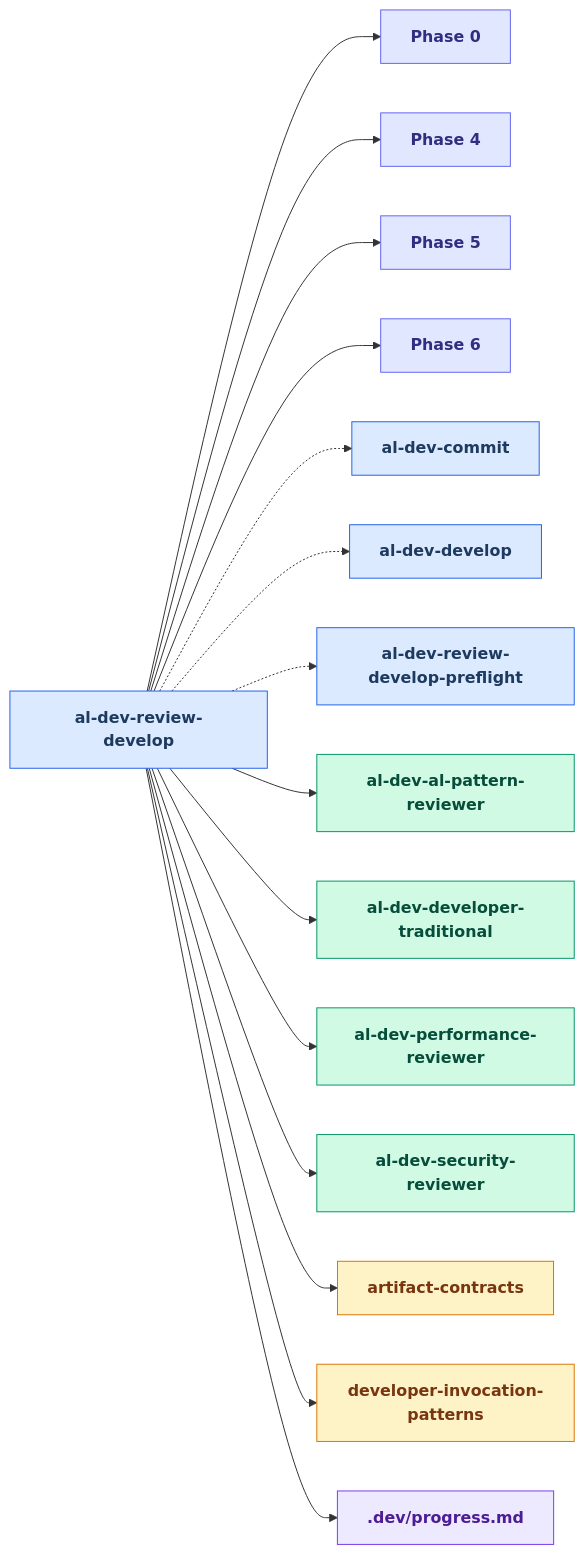
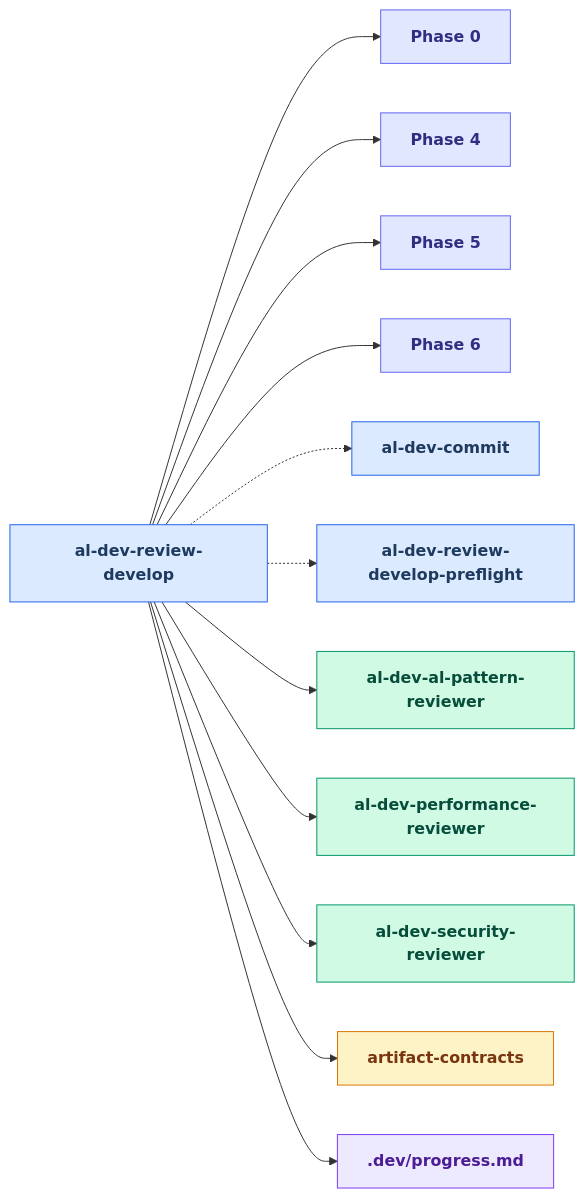
One commit to russell-laing/al-dev-shared changed diagram 11 of 27 in docs/al-dev-skills-map.md. Above: the diagram before and after it, drawn with Mermaid. The commit also changed other lines of this file and 3 other files, not shown here.

````diff
--- a/docs/al-dev-skills-map.md
+++ b/docs/al-dev-skills-map.md
@@ -559,55 +559,46 @@
 ```mermaid
 flowchart LR
     classDef skillNode fill:#dbeafe,stroke:#2563eb,color:#1e3a5f,font-weight:bold
     classDef agentNode fill:#d1fae5,stroke:#059669,color:#064e3b,font-weight:bold
     classDef knowledgeNode fill:#fef3c7,stroke:#d97706,color:#78350f,font-weight:bold
     classDef artifactNode fill:#ede9fe,stroke:#7c3aed,color:#4c1d95,font-weight:bold
     classDef phaseNode fill:#e0e7ff,stroke:#6366f1,color:#312e81,font-weight:bold
 
     skill_al_dev_review_develop[al-dev-review-develop]
     Phase0["Phase 0"]
     Phase4["Phase 4"]
     Phase5["Phase 5"]
     Phase6["Phase 6"]
     skill_al_dev_commit[al-dev-commit]
-    skill_al_dev_develop[al-dev-develop]
     skill_al_dev_review_develop_preflight[al-dev-review-develop-preflight]
     agent_al_dev_al_pattern_reviewer[al-dev-al-pattern-reviewer]
-    agent_al_dev_developer_traditional[al-dev-developer-traditional]
     agent_al_dev_performance_reviewer[al-dev-performance-reviewer]
     agent_al_dev_security_reviewer[al-dev-security-reviewer]
     knowledge_artifact_contracts_md[artifact-contracts]
-    knowledge_developer_invocation_patterns_md[developer-invocation-patterns]
     artifact_progress_md[.dev/progress.md]
 
     skill_al_dev_review_develop --> Phase0
     skill_al_dev_review_develop --> Phase4
     skill_al_dev_review_develop --> Phase5
     skill_al_dev_review_develop --> Phase6
     skill_al_dev_review_develop -.-> skill_al_dev_commit
-    skill_al_dev_review_develop -.-> skill_al_dev_develop
     skill_al_dev_review_develop -.-> skill_al_dev_review_develop_preflight
     skill_al_dev_review_develop --> agent_al_dev_al_pattern_reviewer
-    skill_al_dev_review_develop --> agent_al_dev_developer_traditional
     skill_al_dev_review_develop --> agent_al_dev_performance_reviewer
     skill_al_dev_review_develop --> agent_al_dev_security_reviewer
     skill_al_dev_review_develop --> knowledge_artifact_contracts_md
-    skill_al_dev_review_develop --> knowledge_developer_invocation_patterns_md
     skill_al_dev_review_develop --> artifact_progress_md
 
     class skill_al_dev_review_develop skillNode
     class Phase0 phaseNode
     class Phase4 phaseNode
     class Phase5 phaseNode
     class Phase6 phaseNode
     class skill_al_dev_commit skillNode
-    class skill_al_dev_develop skillNode
     class skill_al_dev_review_develop_preflight skillNode
     class agent_al_dev_al_pattern_reviewer agentNode
-    class agent_al_dev_developer_traditional agentNode
     class agent_al_dev_performance_reviewer agentNode
     class agent_al_dev_security_reviewer agentNode
     class knowledge_artifact_contracts_md knowledgeNode
-    class knowledge_developer_invocation_patterns_md knowledgeNode
     class artifact_progress_md artifactNode
 ```
````
